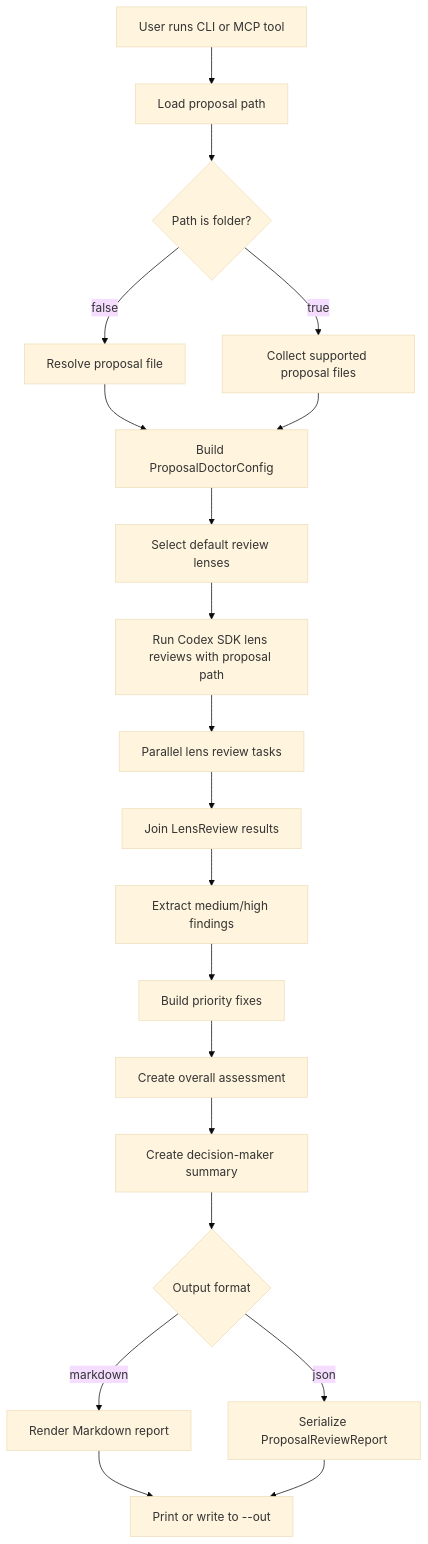
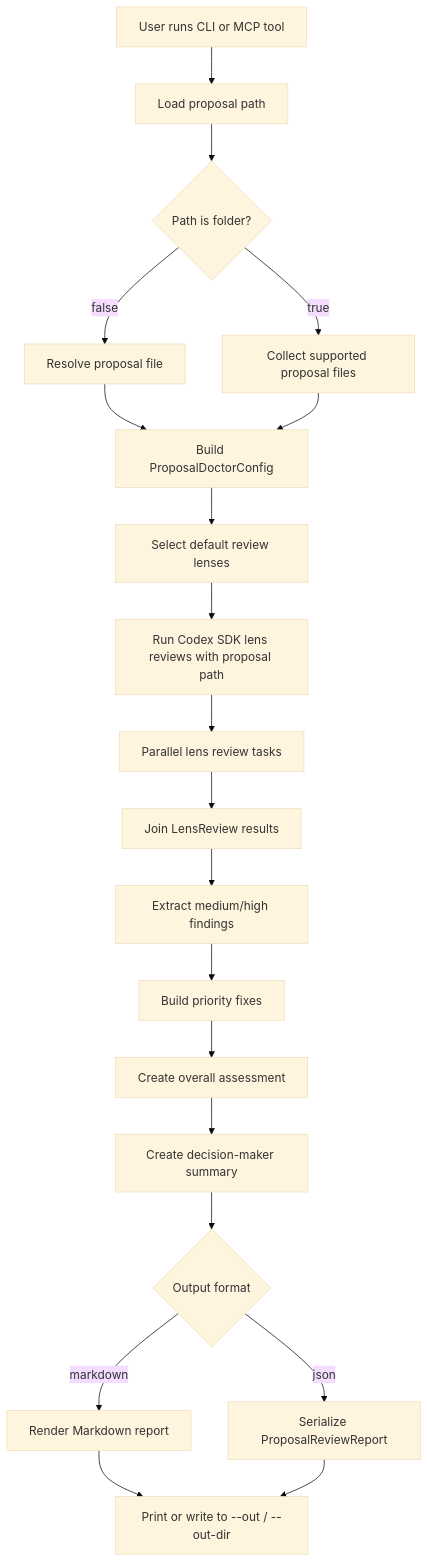
One commit to koizumikento/proposal-doctor changed the first of 2 diagrams in docs/SPEC.md. Above: the diagram before and after it, drawn with Mermaid (base theme). The commit also changed other lines of this file and 9 other files, not shown here.

````diff
--- a/docs/SPEC.md
+++ b/docs/SPEC.md
@@ -106,25 +109,25 @@
 ```mermaid
 flowchart TD
     A["User runs CLI or MCP tool"] --> B["Load proposal path"]
     B --> B2{"Path is folder?"}
     B2 -- "false" --> B3["Resolve proposal file"]
     B2 -- "true" --> B4["Collect supported proposal files"]
     B3 --> C["Build ProposalDoctorConfig"]
     B4 --> C
     C --> D["Select default review lenses"]
     D --> G["Run Codex SDK lens reviews with proposal path"]
     G --> H["Parallel lens review tasks"]
 
     H --> I["Join LensReview results"]
     I --> J["Extract medium/high findings"]
     J --> K["Build priority fixes"]
     K --> L["Create overall assessment"]
     L --> M["Create decision-maker summary"]
     M --> N{"Output format"}
 
     N -- "markdown" --> O["Render Markdown report"]
     N -- "json" --> P["Serialize ProposalReviewReport"]
 
-    O --> Q["Print or write to --out"]
+    O --> Q["Print or write to --out / --out-dir"]
     P --> Q
 ```
````
